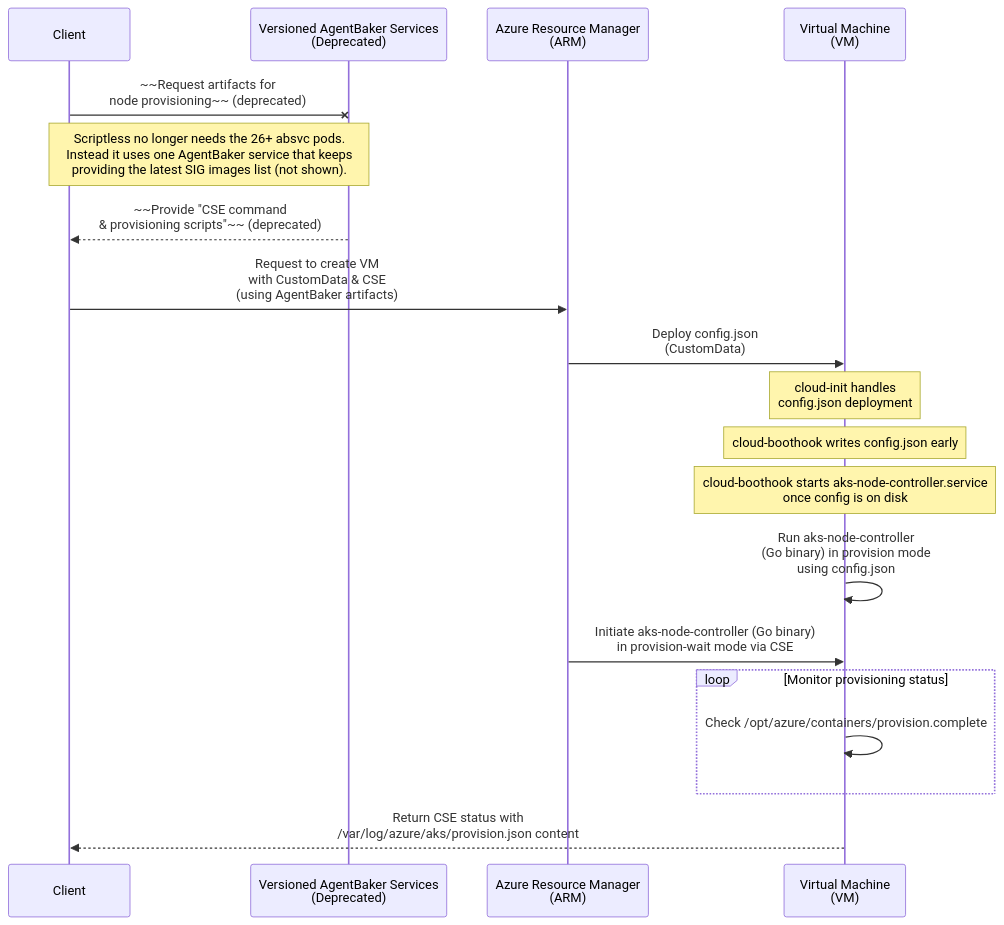
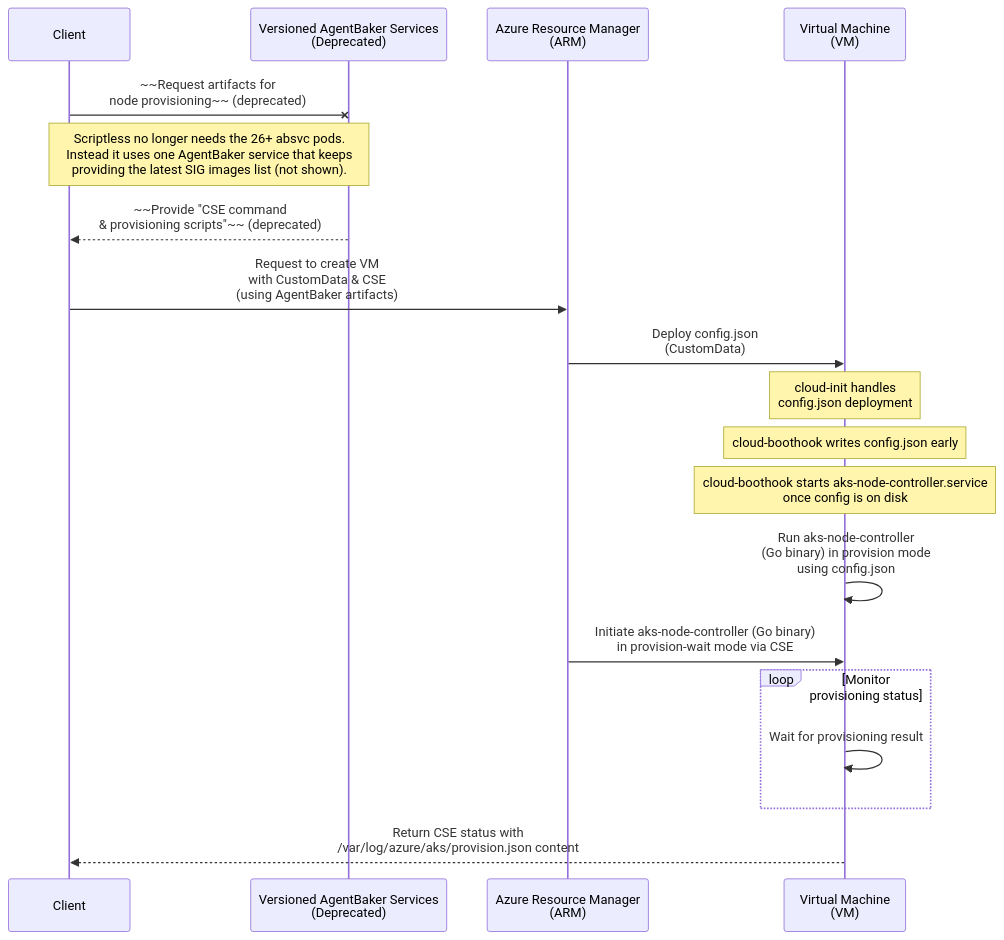
The diagram in aks-node-controller/README.md (Azure/AgentBaker), drawn with Mermaid before and after one commit. The commit also changed other lines of this file and 5 other files, not shown here.

Commit message:
fix: publish provision result atomically

````diff
--- a/aks-node-controller/README.md
+++ b/aks-node-controller/README.md
@@ -109,28 +109,28 @@
 ```mermaid
 sequenceDiagram
     participant Client as Client
     participant AgentBaker as Versioned AgentBaker Services<br/>(Deprecated)
     participant ARM as Azure Resource Manager<br/>(ARM)
     participant VM as Virtual Machine<br/>(VM)
 
     Client -x AgentBaker: ~~Request artifacts for<br/> node provisioning~~ (deprecated)
     note over Client, AgentBaker: Scriptless no longer needs the 26+ absvc pods.<br/> Instead it uses one AgentBaker service that keeps<br/> providing the latest SIG images list (not shown).
 
     AgentBaker-->>Client: ~~Provide "CSE command<br/> & provisioning scripts"~~ (deprecated)
 
     Client->>ARM: Request to create VM<br/>with CustomData & CSE<br/>(using AgentBaker artifacts)
     ARM->>VM: Deploy config.json<br/>(CustomData)
     note over VM: cloud-init handles<br/>config.json deployment
 
     note over VM: cloud-boothook writes config.json early
     note over VM: cloud-boothook starts aks-node-controller.service<br/>once config is on disk
     VM->>VM: Run aks-node-controller<br/>(Go binary) in provision mode<br/>using config.json
 
     ARM->>VM: Initiate aks-node-controller (Go binary)<br/>in provision-wait mode via CSE
 
     loop Monitor provisioning status
-        VM->>VM: Check /opt/azure/containers/provision.complete
+        VM->>VM: Wait for provisioning result
     end
 
     VM-->>Client: Return CSE status with<br/>/var/log/azure/aks/provision.json content
 ```
````
